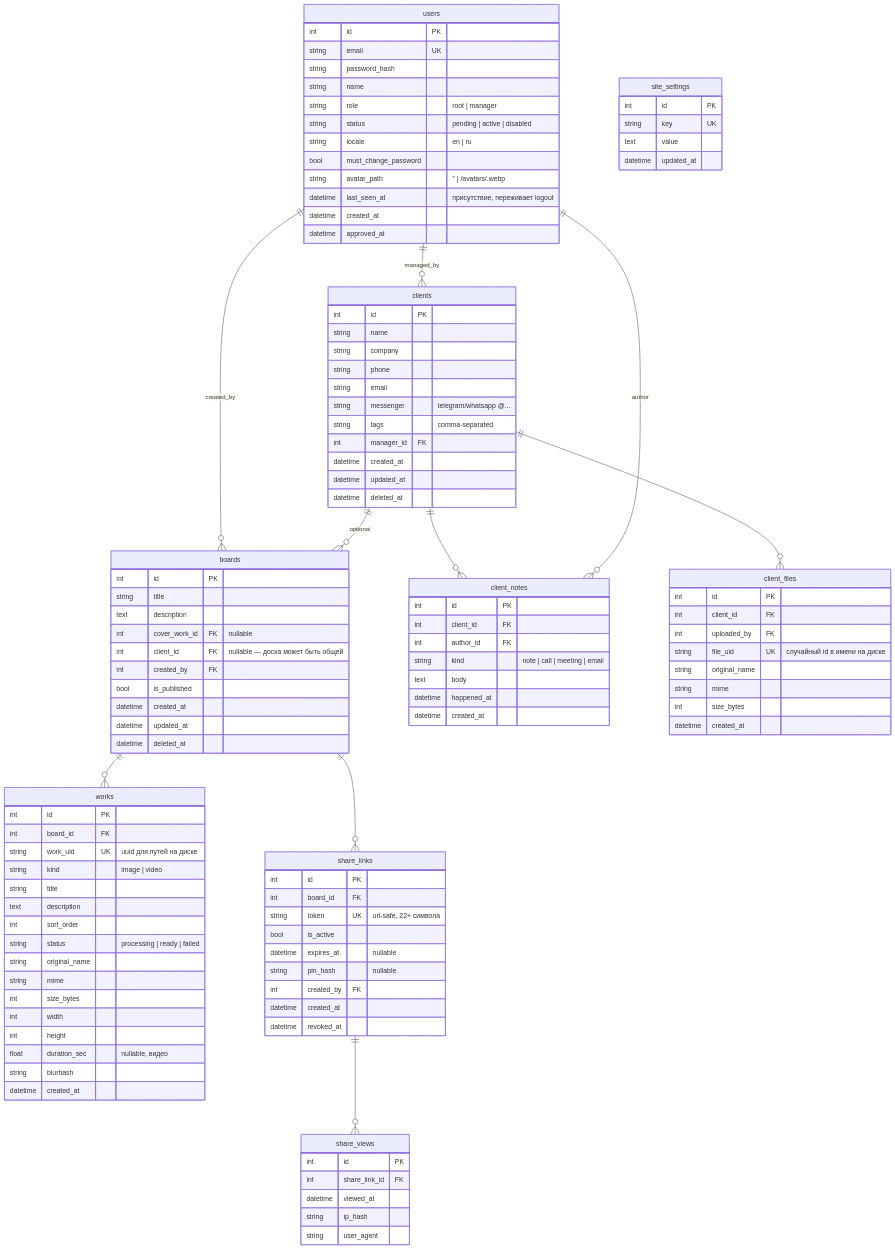
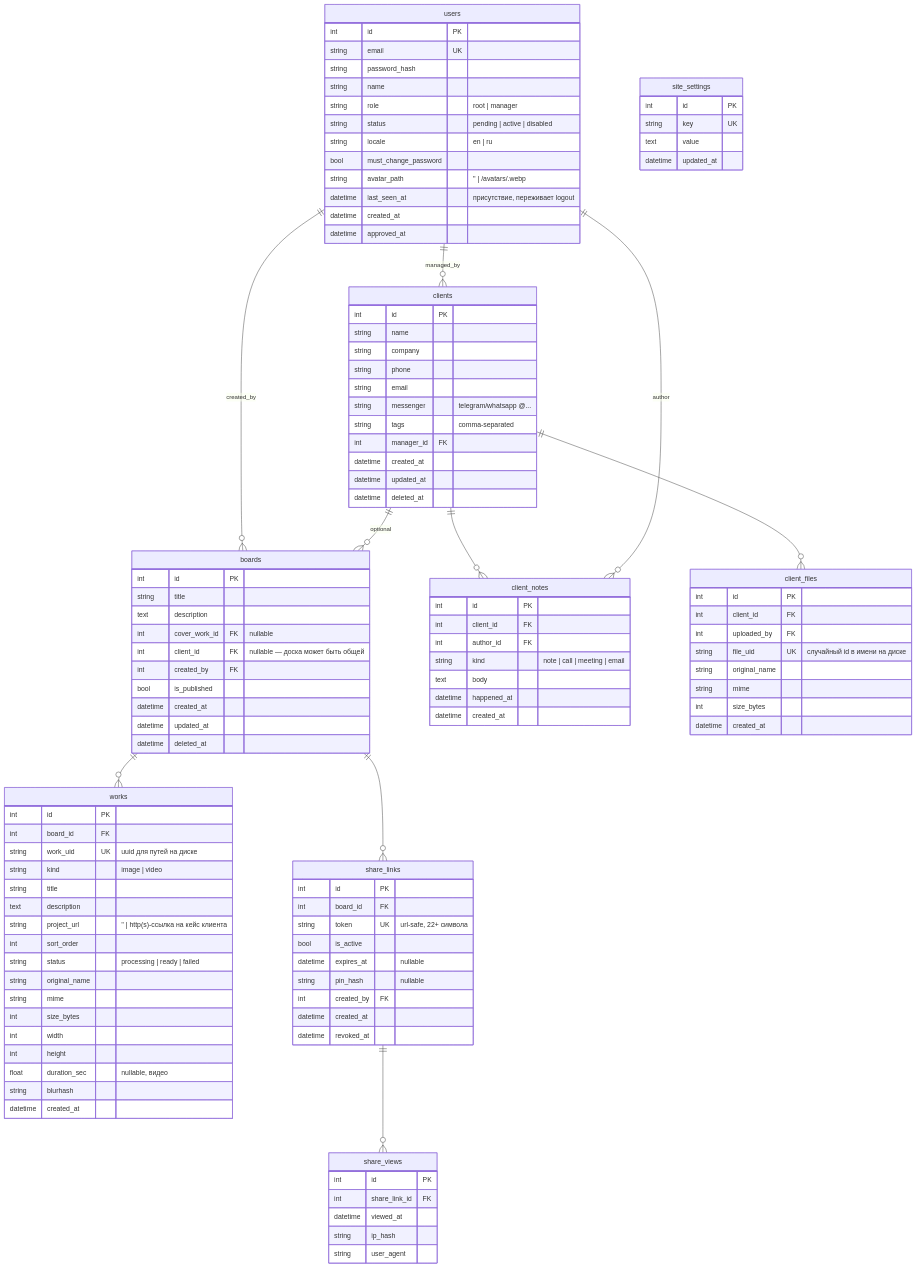
The diagram in docs/03-database.md (DenisHumen/OpenCRM), drawn with Mermaid before and after one commit. The commit also changed other lines of this file and 53 other files, not shown here.

Commit message:
Refactor code structure for improved readability and maintainability; removed redundant sections and optimized logic flow.

```diff
--- a/docs/03-database.md
+++ b/docs/03-database.md
@@ -92,6 +92,7 @@
         string kind "image | video"
         string title
         text description
+        string project_url "'' | http(s)-ссылка на кейс клиента"
         int sort_order
         string status "processing | ready | failed"
         string original_name
```
